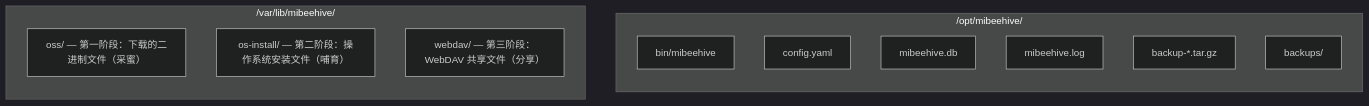
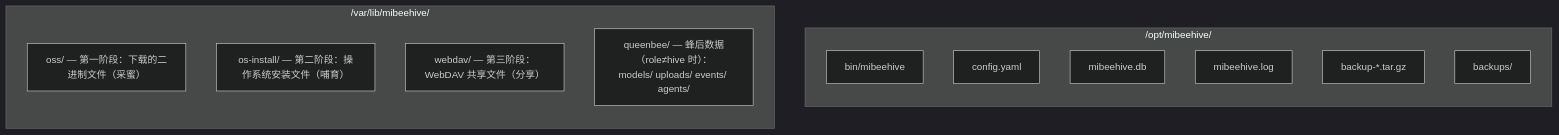
Before and after one commit to Mi-Bee-Studio/mibee-docs: the diagram in mibeehive/zh-CN/deployment.md, drawn with Mermaid (dark theme). The commit also changed other lines of this file and 5 other files, not shown here.

````diff
--- a/mibeehive/zh-CN/deployment.md
+++ b/mibeehive/zh-CN/deployment.md
@@ -39,18 +39,19 @@
 ```mermaid
 flowchart TB
   subgraph OPT["/opt/mibeehive/"]
     direction TB
     BIN["bin/mibeehive"]
     CFG["config.yaml"]
     DB["mibeehive.db"]
     LOG["mibeehive.log"]
     BAK["backup-*.tar.gz"]
     BKD["backups/"]
   end
   subgraph VAR["/var/lib/mibeehive/"]
     direction TB
     OSS["oss/ — 第一阶段：下载的二进制文件（采蜜）"]
     OSI["os-install/ — 第二阶段：操作系统安装文件（哺育）"]
     WDV["webdav/ — 第三阶段：WebDAV 共享文件（分享）"]
+    QBEE["queenbee/ — 蜂后数据（role≠hive 时）：<br/>models/ uploads/ events/ agents/"]
   end
 ```
````
